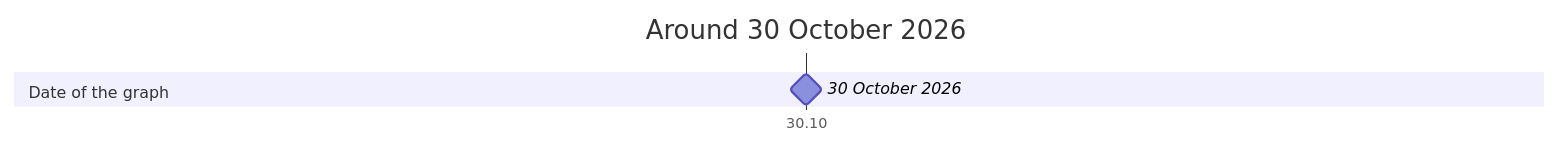
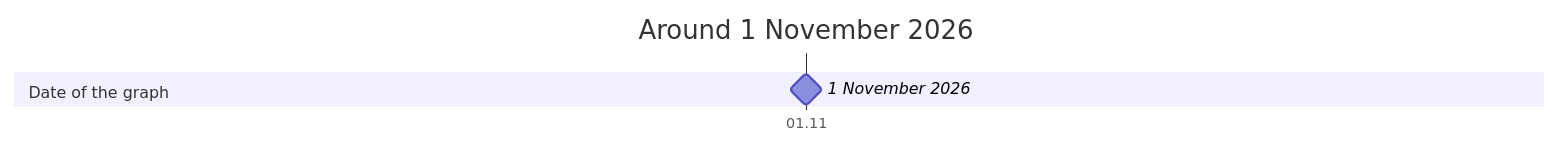
Before and after one commit to advancedcognitivesystems-ai/trame: the diagram in docs/timeline.md, drawn with Mermaid. The commit also changed other lines of this file and 119 other files, not shown here.

````diff
--- a/docs/timeline.md
+++ b/docs/timeline.md
@@ -5,8 +5,8 @@
 ```mermaid
 gantt
   dateFormat YYYY-MM-DD
   axisFormat %d.%m
-  title Around 30 October 2026
+  title Around 1 November 2026
   section Date of the graph
-    30 October 2026 : milestone, 2026-10-30, 0d
+    1 November 2026 : milestone, 2026-11-01, 0d
 ```
````
